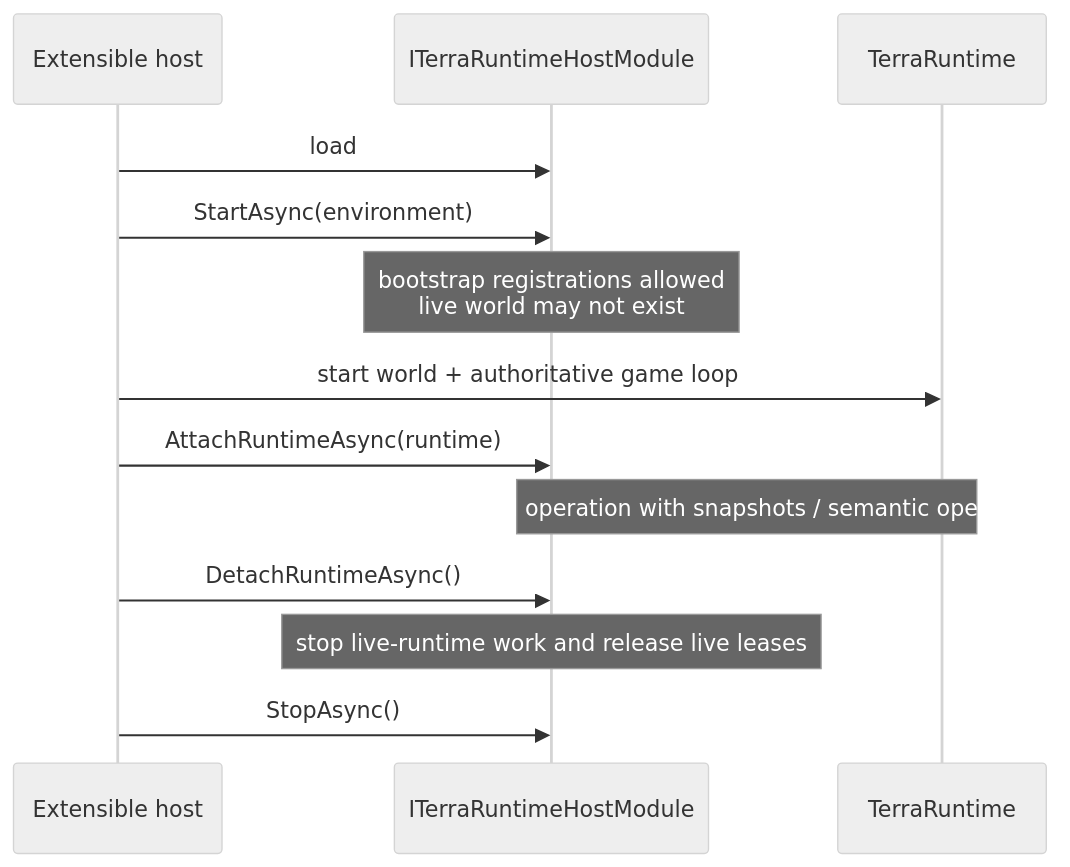
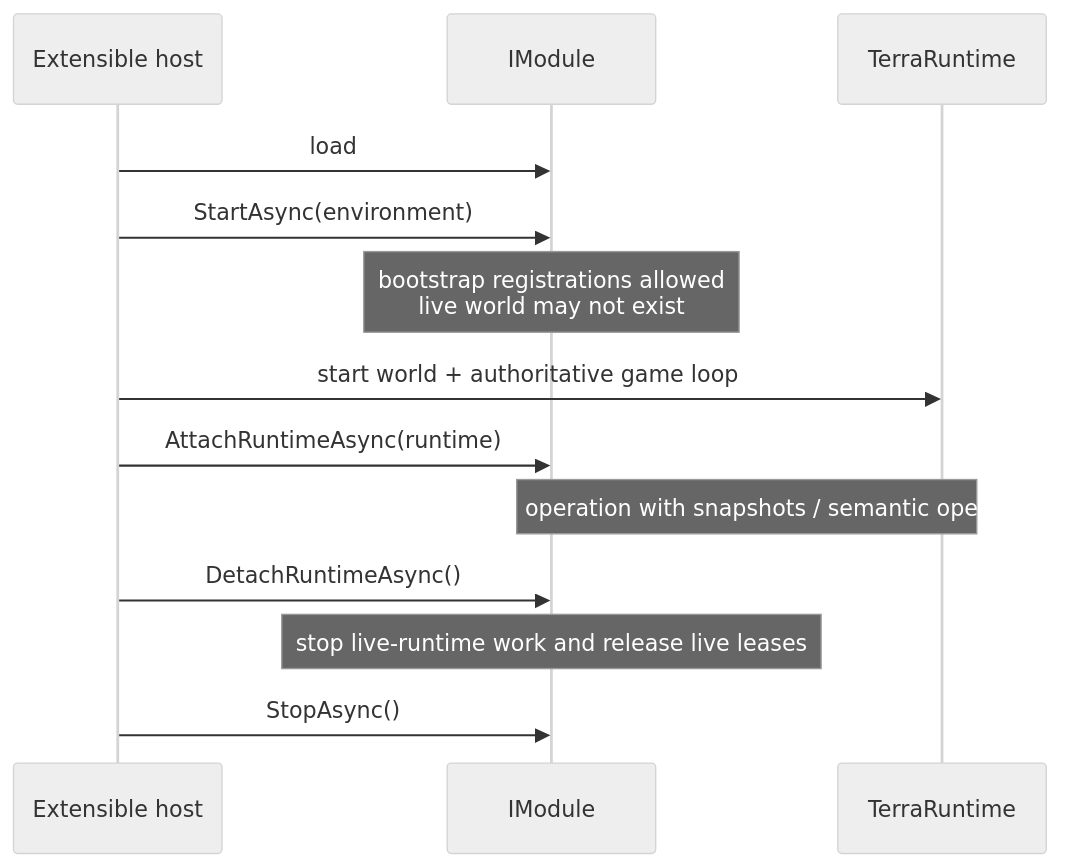
One commit to VegaKernel/TerraRuntime changed the second of 3 diagrams in docs/en/host-interfaces.md. Above: the diagram before and after it, drawn with Mermaid (neutral theme). The commit also changed other lines of this file and 779 other files, not shown here.

````diff
--- a/docs/en/host-interfaces.md
+++ b/docs/en/host-interfaces.md
@@ -46,16 +46,16 @@
 ```mermaid
 sequenceDiagram
     participant H as Extensible host
-    participant M as ITerraRuntimeHostModule
+    participant M as IModule
     participant R as TerraRuntime
 
     H->>M: load
     H->>M: StartAsync(environment)
     Note over M: bootstrap registrations allowed<br/>live world may not exist
     H->>R: start world + authoritative game loop
     H->>M: AttachRuntimeAsync(runtime)
     Note over M,R: normal operation with snapshots / semantic operations
     H->>M: DetachRuntimeAsync()
     Note over M: stop live-runtime work and release live leases
     H->>M: StopAsync()
 ```
````
